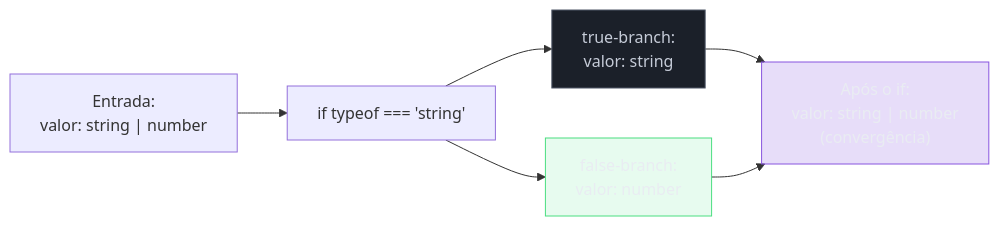
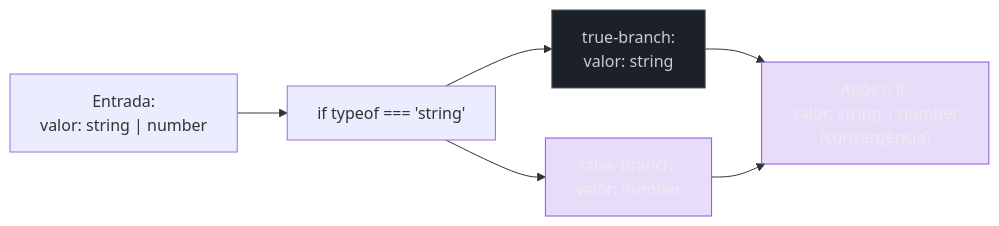
One commit to josenaldo/codex-technomanticus changed the second of 5 diagrams in 03-Dominios/Tecnologia/TypeScript/09 - Type narrowing e type guards.md. Above: the diagram before and after it, drawn with Mermaid. The commit also changed other lines of this file and 601 other files, not shown here.

````diff
--- a/03-Dominios/Tecnologia/TypeScript/09 - Type narrowing e type guards.md
+++ b/03-Dominios/Tecnologia/TypeScript/09 - Type narrowing e type guards.md
@@ -74,21 +74,20 @@
 ```mermaid
 flowchart LR
     classDef neutro fill:#1B2029,stroke:#4E5666,color:#C6CCD8
-    classDef ok fill:#4ADE8021,stroke:#4ADE80,color:#E9ECF2
     classDef marca fill:#8855DF33,stroke:#8855DF,color:#E9ECF2
     A["Entrada:\nvalor: string | number"]
     B["if typeof === 'string'"]
     C["true-branch:\nvalor: string"]
     D["false-branch:\nvalor: number"]
     E["Após o if:\nvalor: string | number\n(convergência)"]
 
     A --> B
     B --> C
     B --> D
     C --> E
     D --> E
 
     class C neutro
-    class D ok
+    class D marca
     class E marca
 ```
````
